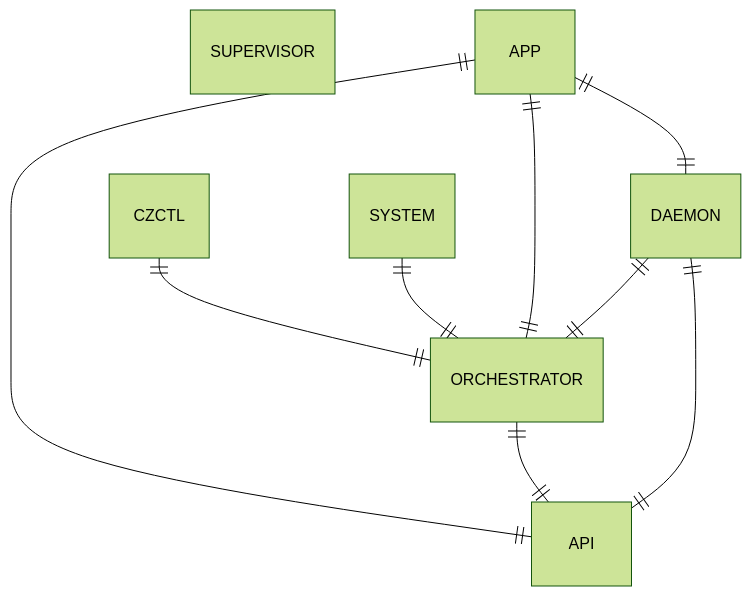
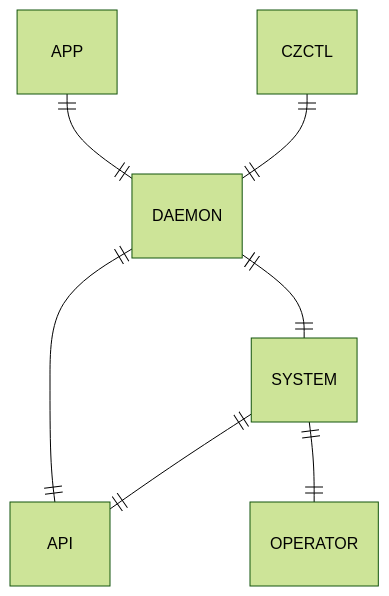
Before and after one commit to c6o/docs: the second of 2 diagrams in docs/references/architecture.md, drawn with Mermaid. The commit also changed other lines of this file and 8 other files, not shown here.

````diff
--- a/docs/references/architecture.md
+++ b/docs/references/architecture.md
@@ -27,20 +27,16 @@
 ```mermaid
 %%{init: {"theme": "forest", "themeCSS": [
     "[id*=entity-API] .er.entityBox { fill: orange;}",
-    "[id*=entity-APP] .er.entityBox { fill: orange;}",
-    "[id*=entity-ORCHESTRATOR] .er.entityBox { fill: pink;}",
+    "[id*=entity-OPERATOR] .er.entityBox { fill: pink;}",
     "[id*=entity-SYSTEM] .er.entityBox { fill: pink;}"
     ]
 }}%%
 
 erDiagram
-    SUPERVISOR
-    DAEMON ||--|| ORCHESTRATOR : ""
-    APP ||--|| API : ""
-    APP ||--|| ORCHESTRATOR : ""
+    SYSTEM ||--|| API : ""
+    SYSTEM ||--|| OPERATOR : ""
+    CZCTL ||--|| DAEMON : ""
     APP ||--|| DAEMON : ""
-    ORCHESTRATOR ||--|| API : ""
+    DAEMON ||--|| SYSTEM : ""
     DAEMON ||--|| API : ""
-    CZCTL ||--|| ORCHESTRATOR : ""
-    SYSTEM ||--|| ORCHESTRATOR : ""
 ```
````
